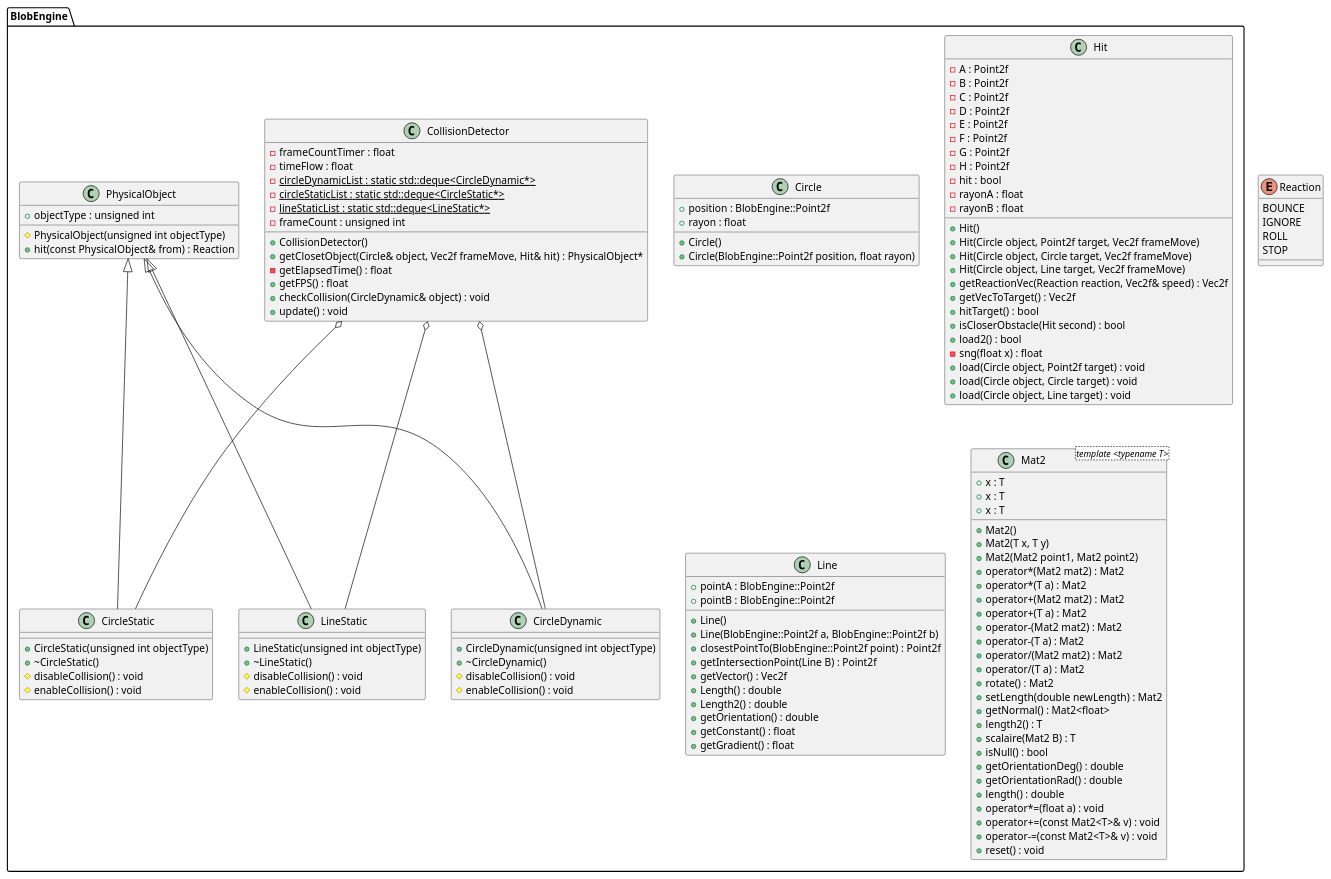
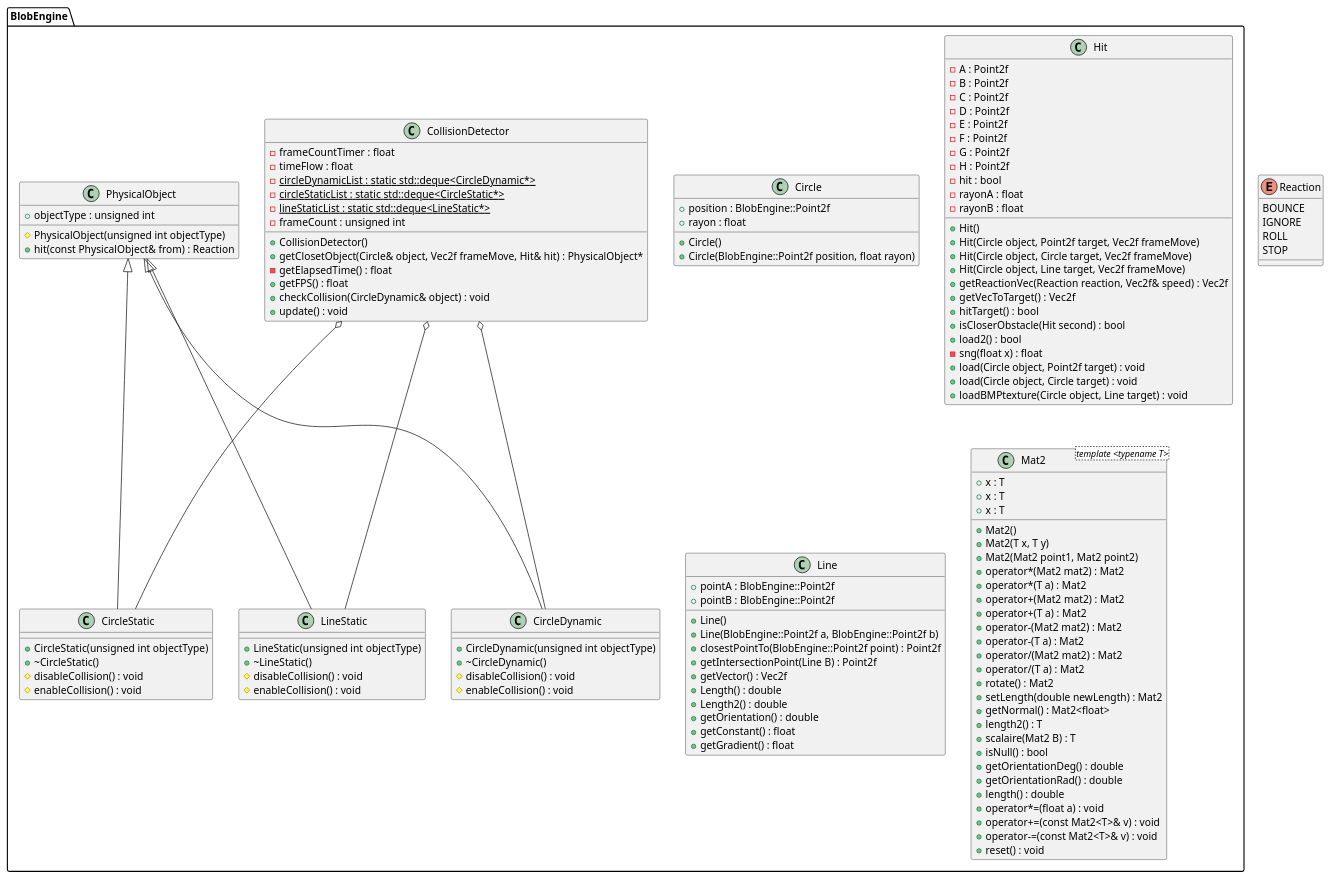
Before and after one commit to alexdesaint/BlobEngine: the diagram in BlobEngine/include/BlobEngine/BLobEngine.puml, drawn with PlantUML. The commit also changed 26 other files, not shown here.

```diff
--- a/BlobEngine/include/BlobEngine/BLobEngine.puml
+++ b/BlobEngine/include/BlobEngine/BLobEngine.puml
@@ -79,7 +79,7 @@
 		-sng(float x) : float
 		+load(Circle object, Point2f target) : void
 		+load(Circle object, Circle target) : void
-		+load(Circle object, Line target) : void
+		+loadBMPtexture(Circle object, Line target) : void
 	}
 }
 
```
